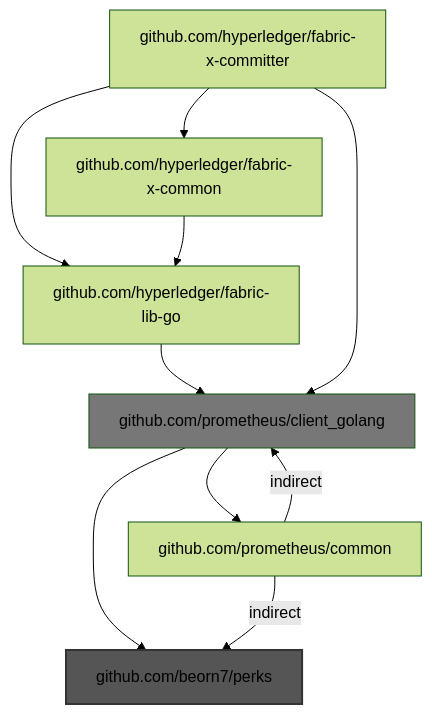
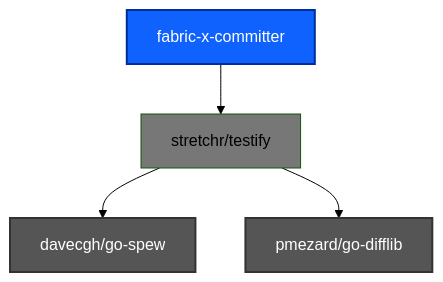
Before and after one commit to liran-funaro/fabric-x-committer: the second of 9 diagrams in bad-imports-analysis.md, drawn with Mermaid (forest theme). The commit also changed other lines of this file and 2 other files, not shown here.

````diff
--- a/bad-imports-analysis.md
+++ b/bad-imports-analysis.md
@@ -25,14 +59,10 @@
 ```mermaid
 graph TD
-    github.com/hyperledger/fabric-lib-go --> github.com/prometheus/client_golang
-    github.com/hyperledger/fabric-x-committer --> github.com/hyperledger/fabric-lib-go
-    github.com/hyperledger/fabric-x-committer --> github.com/hyperledger/fabric-x-common
-    github.com/hyperledger/fabric-x-committer --> github.com/prometheus/client_golang
-    github.com/hyperledger/fabric-x-common --> github.com/hyperledger/fabric-lib-go
-    github.com/prometheus/client_golang --> github.com/beorn7/perks
-    github.com/prometheus/client_golang --> github.com/prometheus/common
-    github.com/prometheus/common -->|indirect| github.com/beorn7/perks
-    github.com/prometheus/common -->|indirect| github.com/prometheus/client_golang
-    style github.com/beorn7/perks fill:#555,stroke:#333,stroke-width:2px
-    style github.com/prometheus/client_golang fill:#777
+    fabric-x-committer --> stretchr/testify
+    stretchr/testify --> davecgh/go-spew
+    stretchr/testify --> pmezard/go-difflib
+    style davecgh/go-spew fill:#555,stroke:#333,stroke-width:2px,color:#fff
+    style fabric-x-committer fill:#0f62fe,stroke:#002d9c,stroke-width:2px,color:#fff
+    style pmezard/go-difflib fill:#555,stroke:#333,stroke-width:2px,color:#fff
+    style stretchr/testify fill:#777
 ```
````
